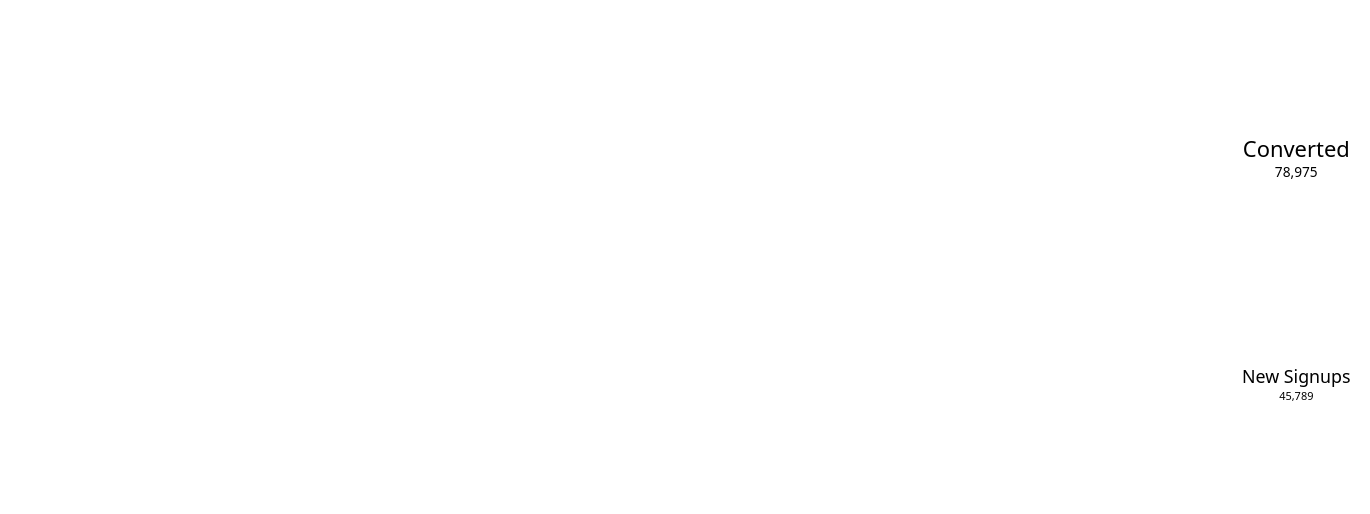
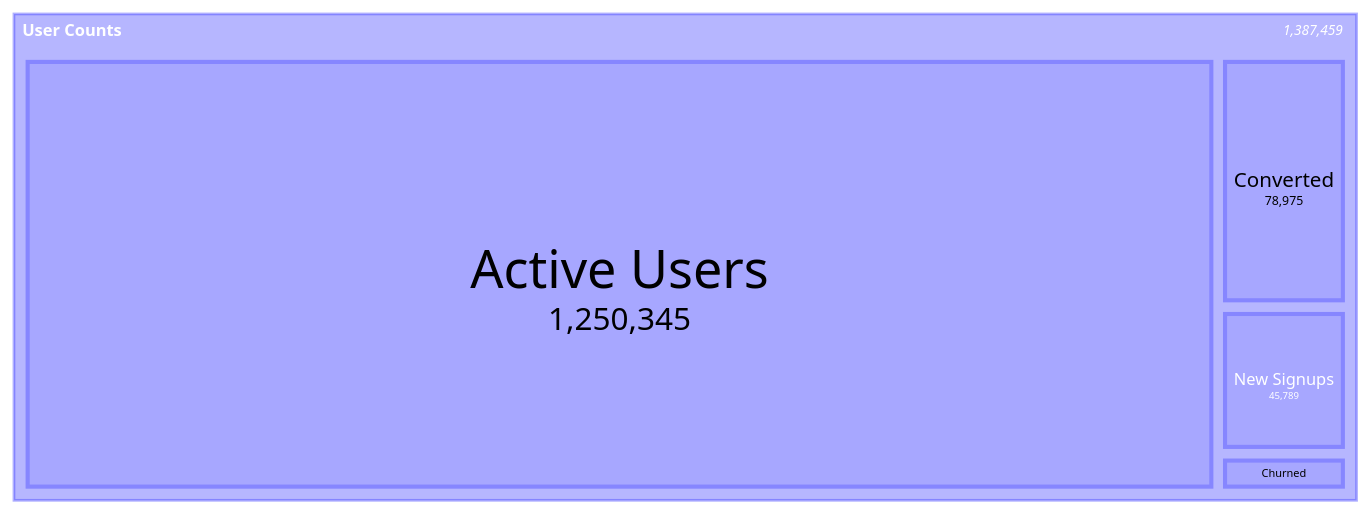
Before and after one commit to mermaid-js/mermaid: the diagram in e2e/diagrams/treemap/8e-should-handle-simple-thousands-separator.mmd, drawn with Mermaid. The commit also changed 25 other files, not shown here.

```diff
--- a/e2e/diagrams/treemap/8e-should-handle-simple-thousands-separator.mmd
+++ b/e2e/diagrams/treemap/8e-should-handle-simple-thousands-separator.mmd
@@ -1,6 +1,6 @@
 treemap-beta
   "User Counts"
-  "Active Users": 1250345
-  "New Signups": 45789
-  "Churned": 12350
-  "Converted": 78975
+    "Active Users": 1250345
+    "New Signups": 45789
+    "Churned": 12350
+    "Converted": 78975
```
